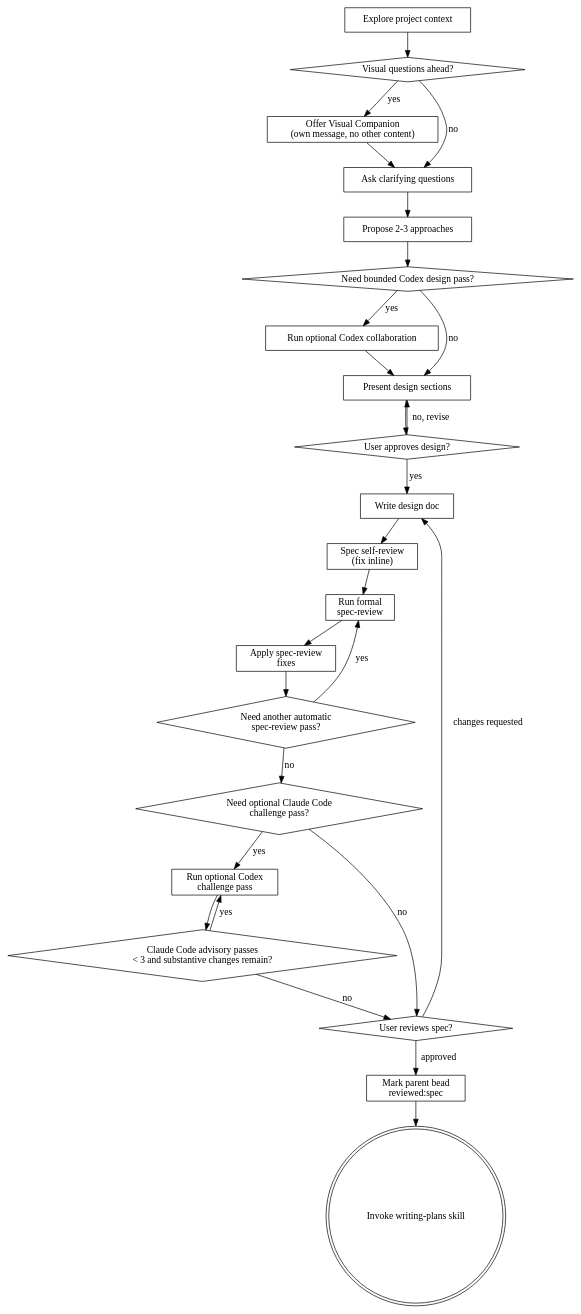
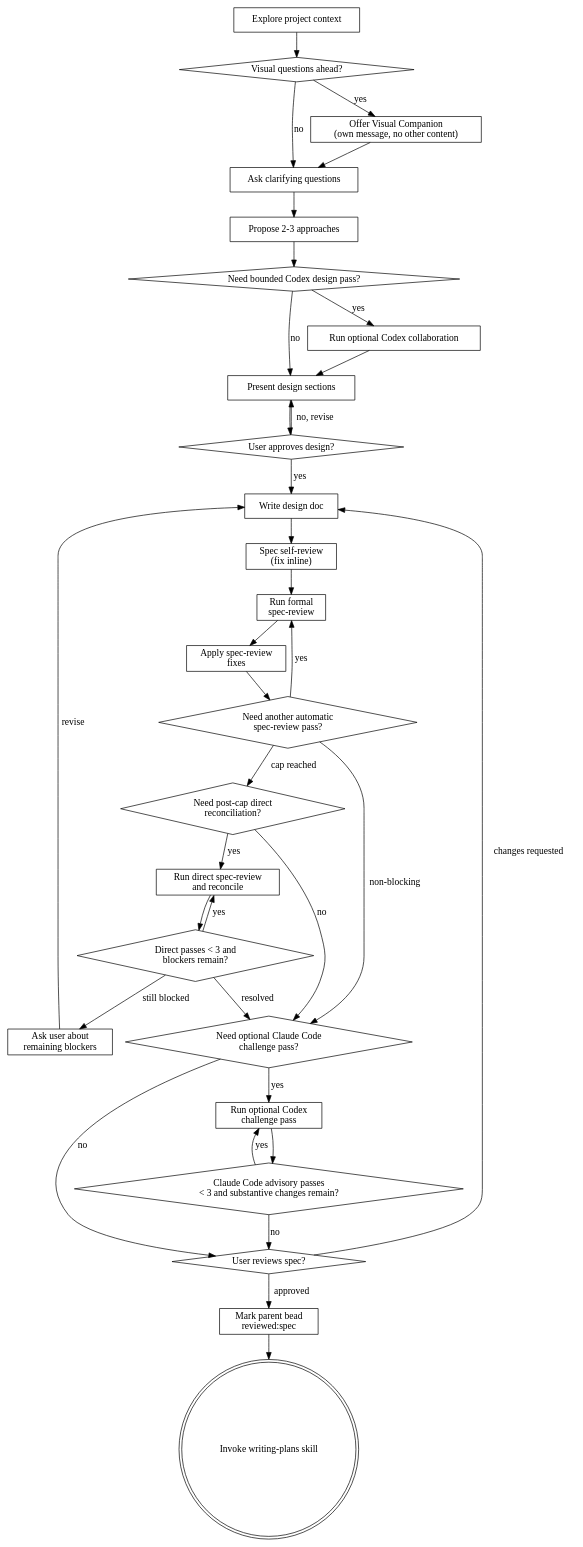
The diagram in skills/brainstorming/SKILL.md (nakkulla/superpowers), drawn with Graphviz before and after one commit. The commit also changed other lines of this file, not shown here.

````diff
--- a/skills/brainstorming/SKILL.md
+++ b/skills/brainstorming/SKILL.md
@@ -55,51 +60,63 @@
 ```dot
 digraph brainstorming {
     "Explore project context" [shape=box];
     "Visual questions ahead?" [shape=diamond];
     "Offer Visual Companion\n(own message, no other content)" [shape=box];
     "Ask clarifying questions" [shape=box];
     "Propose 2-3 approaches" [shape=box];
     "Need bounded Codex design pass?" [shape=diamond];
     "Run optional Codex collaboration" [shape=box];
     "Present design sections" [shape=box];
     "User approves design?" [shape=diamond];
     "Write design doc" [shape=box];
     "Spec self-review\n(fix inline)" [shape=box];
     "Run formal\nspec-review" [shape=box];
     "Apply spec-review\nfixes" [shape=box];
     "Need another automatic\nspec-review pass?" [shape=diamond];
+    "Need post-cap direct\nreconciliation?" [shape=diamond];
+    "Run direct spec-review\nand reconcile" [shape=box];
+    "Direct passes < 3 and\nblockers remain?" [shape=diamond];
+    "Ask user about\nremaining blockers" [shape=box];
     "Need optional Claude Code\nchallenge pass?" [shape=diamond];
     "Run optional Codex\nchallenge pass" [shape=box];
     "Claude Code advisory passes\n< 3 and substantive changes remain?" [shape=diamond];
     "User reviews spec?" [shape=diamond];
     "Mark parent bead\nreviewed:spec" [shape=box];
     "Invoke writing-plans skill" [shape=doublecircle];
 
     "Explore project context" -> "Visual questions ahead?";
     "Visual questions ahead?" -> "Offer Visual Companion\n(own message, no other content)" [label="yes"];
     "Visual questions ahead?" -> "Ask clarifying questions" [label="no"];
     "Offer Visual Companion\n(own message, no other content)" -> "Ask clarifying questions";
     "Ask clarifying questions" -> "Propose 2-3 approaches";
     "Propose 2-3 approaches" -> "Need bounded Codex design pass?";
     "Need bounded Codex design pass?" -> "Run optional Codex collaboration" [label="yes"];
     "Need bounded Codex design pass?" -> "Present design sections" [label="no"];
     "Run optional Codex collaboration" -> "Present design sections";
     "Present design sections" -> "User approves design?";
     "User approves design?" -> "Present design sections" [label="no, revise"];
     "User approves design?" -> "Write design doc" [label="yes"];
     "Write design doc" -> "Spec self-review\n(fix inline)";
     "Spec self-review\n(fix inline)" -> "Run formal\nspec-review";
     "Run formal\nspec-review" -> "Apply spec-review\nfixes";
     "Apply spec-review\nfixes" -> "Need another automatic\nspec-review pass?";
     "Need another automatic\nspec-review pass?" -> "Run formal\nspec-review" [label="yes"];
-    "Need another automatic\nspec-review pass?" -> "Need optional Claude Code\nchallenge pass?" [label="no"];
+    "Need another automatic\nspec-review pass?" -> "Need post-cap direct\nreconciliation?" [label="cap reached"];
+    "Need another automatic\nspec-review pass?" -> "Need optional Claude Code\nchallenge pass?" [label="non-blocking"];
+    "Need post-cap direct\nreconciliation?" -> "Run direct spec-review\nand reconcile" [label="yes"];
+    "Need post-cap direct\nreconciliation?" -> "Need optional Claude Code\nchallenge pass?" [label="no"];
+    "Run direct spec-review\nand reconcile" -> "Direct passes < 3 and\nblockers remain?";
+    "Direct passes < 3 and\nblockers remain?" -> "Run direct spec-review\nand reconcile" [label="yes"];
+    "Direct passes < 3 and\nblockers remain?" -> "Ask user about\nremaining blockers" [label="still blocked"];
+    "Direct passes < 3 and\nblockers remain?" -> "Need optional Claude Code\nchallenge pass?" [label="resolved"];
+    "Ask user about\nremaining blockers" -> "Write design doc" [label="revise"];
     "Need optional Claude Code\nchallenge pass?" -> "Run optional Codex\nchallenge pass" [label="yes"];
     "Need optional Claude Code\nchallenge pass?" -> "User reviews spec?" [label="no"];
     "Run optional Codex\nchallenge pass" -> "Claude Code advisory passes\n< 3 and substantive changes remain?";
     "Claude Code advisory passes\n< 3 and substantive changes remain?" -> "Run optional Codex\nchallenge pass" [label="yes"];
     "Claude Code advisory passes\n< 3 and substantive changes remain?" -> "User reviews spec?" [label="no"];
     "User reviews spec?" -> "Write design doc" [label="changes requested"];
     "User reviews spec?" -> "Mark parent bead\nreviewed:spec" [label="approved"];
     "Mark parent bead\nreviewed:spec" -> "Invoke writing-plans skill";
 }
 ```
````
